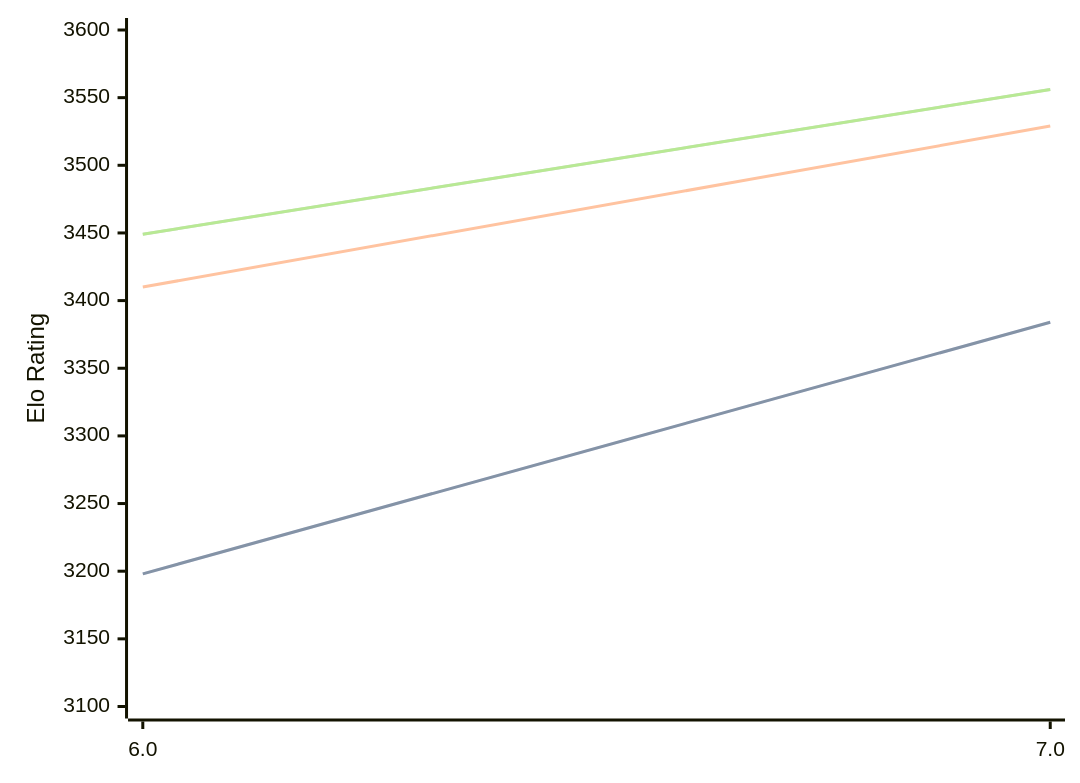
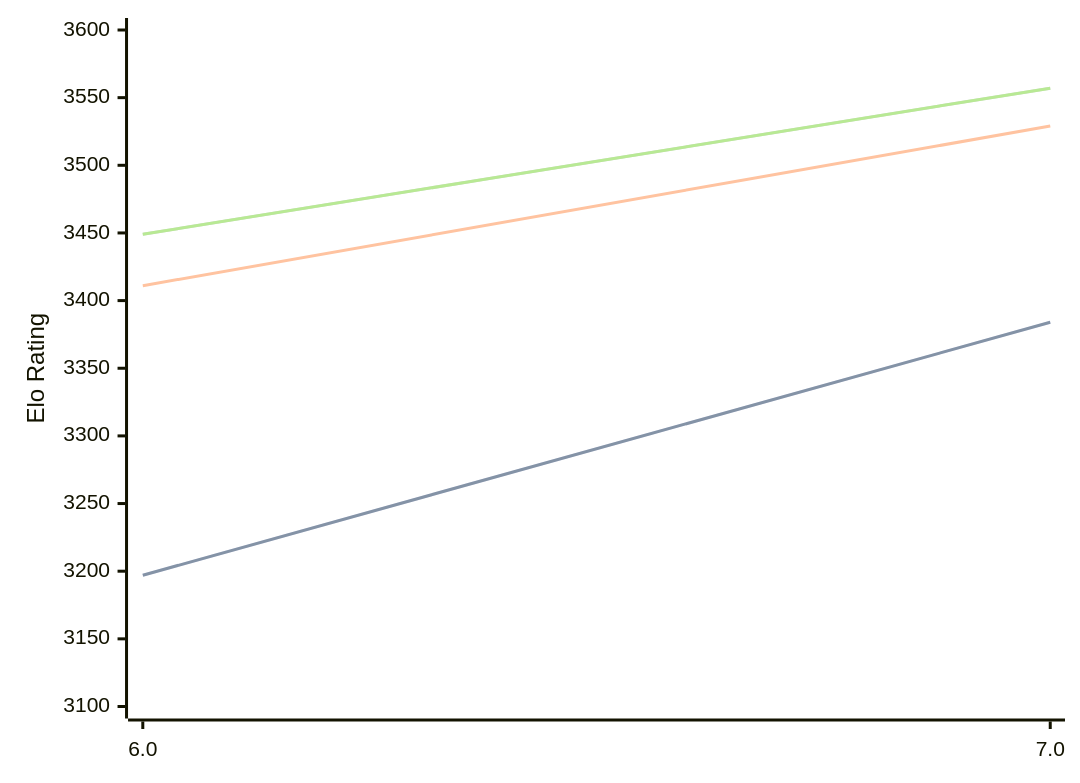
Before and after one commit to computer-chess-index/cci: the diagram in engines/Devre.md, drawn with Mermaid. The commit also changed other lines of this file, not shown here.

Commit message:
Update CCI Ratings (ELO VLTC) - 2026-09-27

````diff
--- a/engines/Devre.md
+++ b/engines/Devre.md
@@ -32,11 +32,11 @@
 ```mermaid
 %%{init: {"theme":"base","themeVariables":{"seriesColors:['#a3a3a3','#222221','#faa371']}}}%%
 xychart-beta
   x-axis ["6.0", "7.0"]
   y-axis "Elo Rating" 3100 --> 3600
-  line "" [3198, 3384]
-  line "STC (8.0+0.08s)" [3198, 3384]
-  line "LTC (60.0+0.60s)" [3410, 3529]
-  line "" [3449, 3556]
-  line "VLTC (2m24s+1.12s)" [3449, 3556]
+  line "" [3197, 3384]
+  line "STC (8.0+0.08s)" [3197, 3384]
+  line "LTC (60.0+0.60s)" [3411, 3529]
+  line "" [3449, 3557]
+  line "VLTC (2m24s+1.12s)" [3449, 3557]
 ```
````
